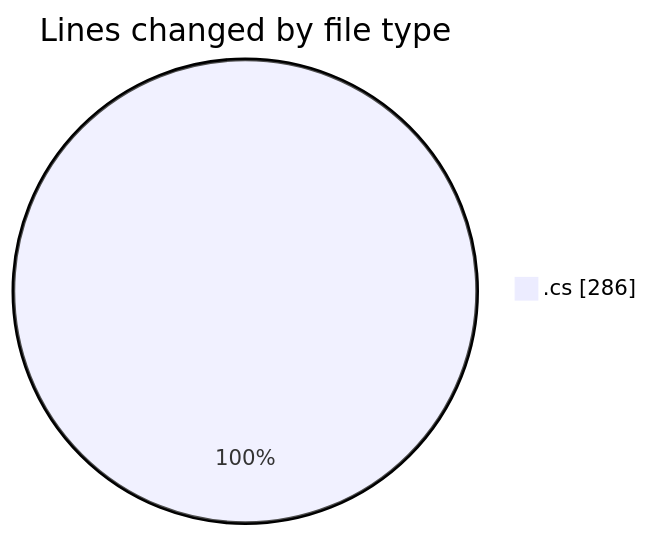
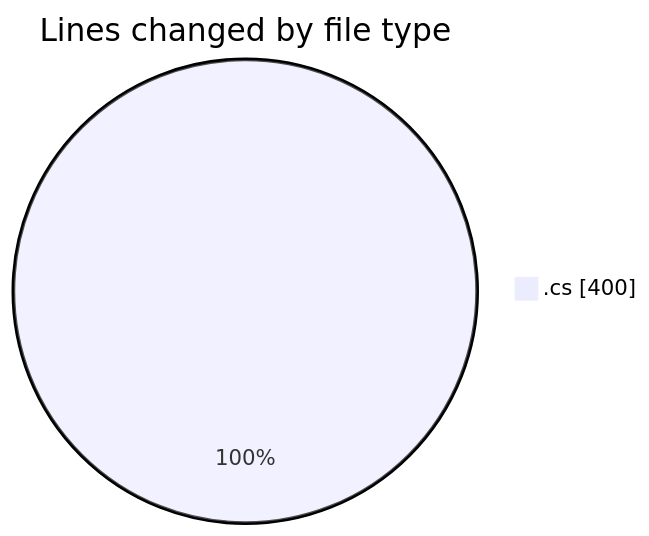
Before and after one commit to Netris89/code-tracking: the first of 2 diagrams in 2025-04-01/back-end/README.md, drawn with Mermaid. The commit also changed other lines of this file and 1 other file, not shown here.

````diff
--- a/2025-04-01/back-end/README.md
+++ b/2025-04-01/back-end/README.md
@@ -21,5 +22,5 @@
 ```mermaid
 pie showData
 title Lines changed by file type
-".cs" : 286
+".cs" : 400
 ```
````
